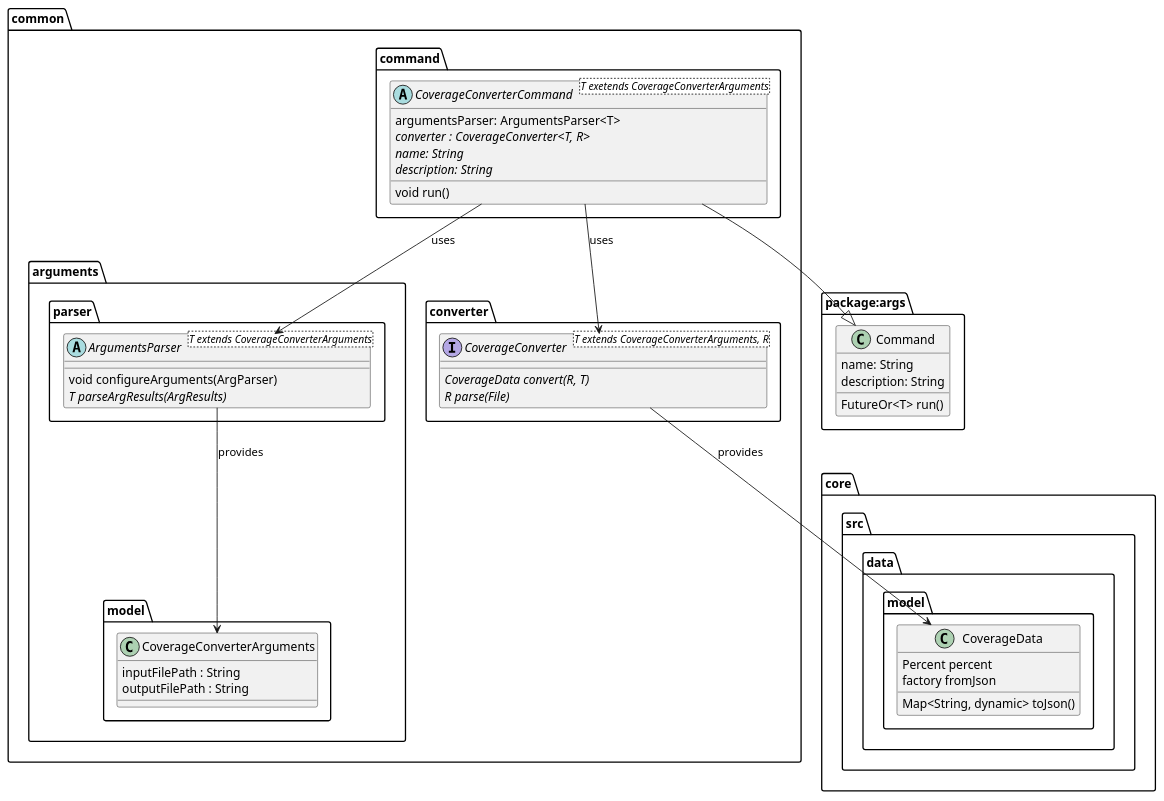
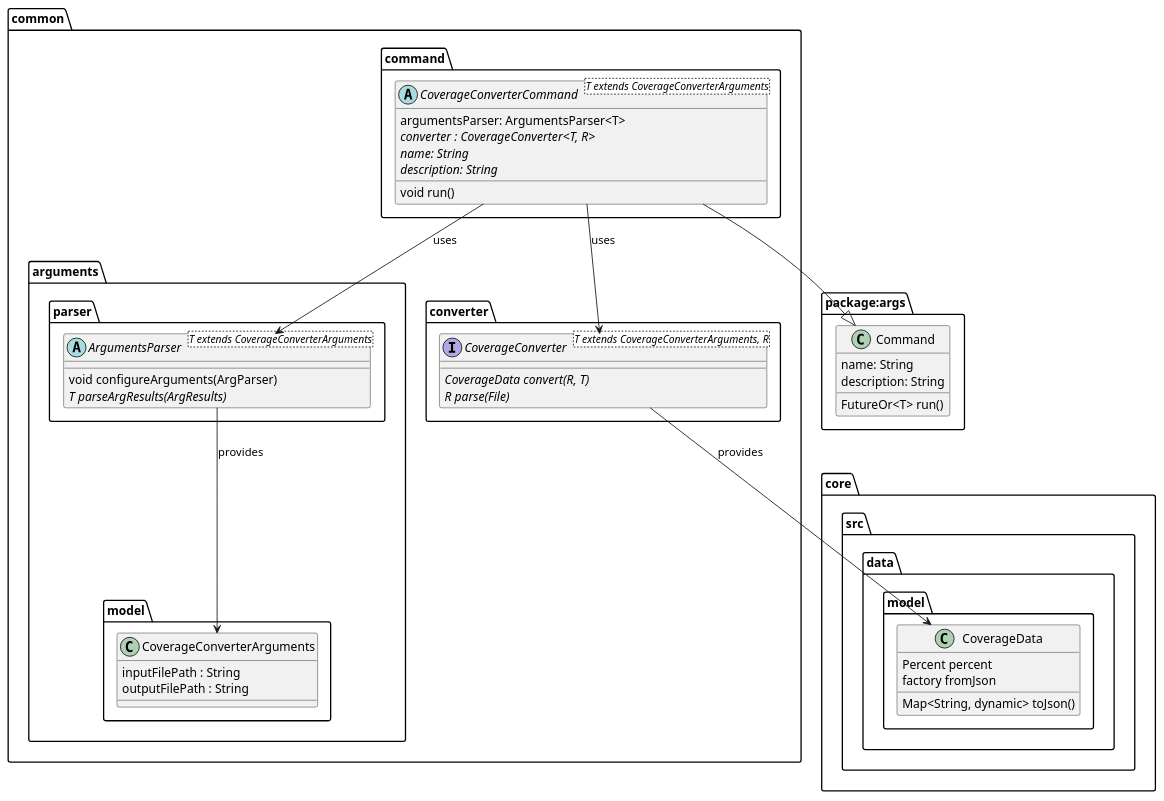
One commit to Flank/flank-dashboard changed the diagram in metrics/coverage_converter/docs/diagrams/coverage_interfaces_diagram.puml. Above: the diagram before and after it, drawn with PlantUML.

Commit message:
Minor diagram improvement

```diff
--- a/metrics/coverage_converter/docs/diagrams/coverage_interfaces_diagram.puml
+++ b/metrics/coverage_converter/docs/diagrams/coverage_interfaces_diagram.puml
@@ -1,63 +1,63 @@
 @startuml coverage_interfaces_diagram.puml
 
 package package:args {
     class Command {
         name: String
         description: String
         FutureOr<T> run()
     }
 }
 
 
 package core.src.data.model {
     class CoverageData {
         Percent percent
         Map<String, dynamic> toJson()
         factory fromJson
     }
 }
 
 
 package common {
     package arguments {
         package model {
             class CoverageConverterArguments {
                 inputFilePath : String
                 outputFilePath : String
             }
         }
 
         package parser {
             abstract ArgumentsParser<T extends CoverageConverterArguments> {
                 void configureArguments(ArgParser)
                 {abstract} T parseArgResults(ArgResults)
             }
         }
     }
 
 
     package command {
-        abstract CoverageConverterCommand<T exetends CoverageConverterArguments> {
+        abstract CoverageConverterCommand<T extends CoverageConverterArguments> {
             argumentsParser: ArgumentsParser<T>
             {abstract} converter : CoverageConverter<T, R>
             {abstract} name: String
             {abstract} description: String
             void run()
         }
     }
 
     package converter {
         interface CoverageConverter<T extends CoverageConverterArguments, R> {
             {abstract} CoverageData convert(R, T)
             {abstract} R parse(File)
         }
     }
 }
 
 CoverageConverterCommand --|> Command
 CoverageConverter --> CoverageData : provides
 CoverageConverterCommand --> CoverageConverter : uses
 CoverageConverterCommand --> ArgumentsParser : uses
 ArgumentsParser --> CoverageConverterArguments : provides
 
 @enduml
```
